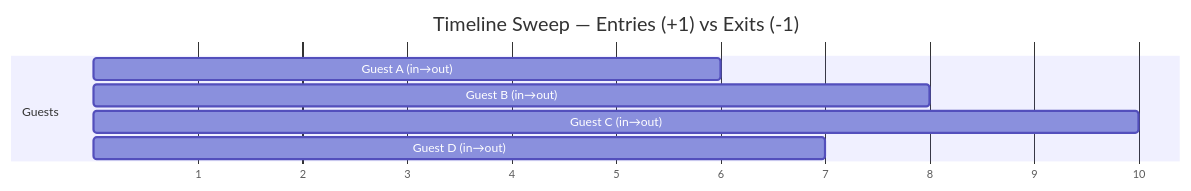
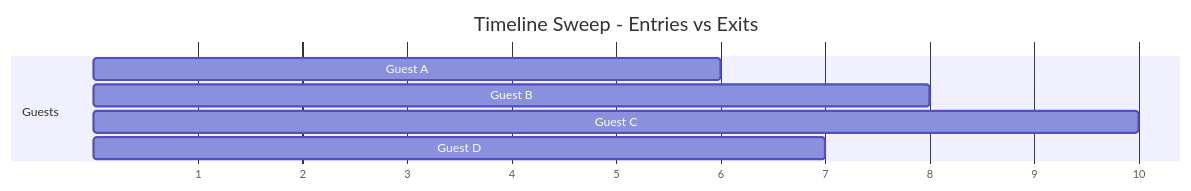
The fifth of 8 diagrams in Lab-04/README.md (routsarthakkumar-byte/DAA-Lab), drawn with Mermaid before and after one commit. The commit also changed other lines of this file and 1 other file, not shown here.

````diff
--- a/Lab-04/README.md
+++ b/Lab-04/README.md
@@ -205,11 +199,11 @@
 ```mermaid
 gantt
     dateFormat  X
     axisFormat %s
-    title Timeline Sweep — Entries (+1) vs Exits (-1)
+    title Timeline Sweep - Entries vs Exits
     section Guests
-    Guest A (in→out) :a1, 1, 6
-    Guest B (in→out) :a2, 2, 8
-    Guest C (in→out) :a3, 4, 10
-    Guest D (in→out) :a4, 5, 7
+    Guest A :a1, 1, 6
+    Guest B :a2, 2, 8
+    Guest C :a3, 4, 10
+    Guest D :a4, 5, 7
 ```
````
